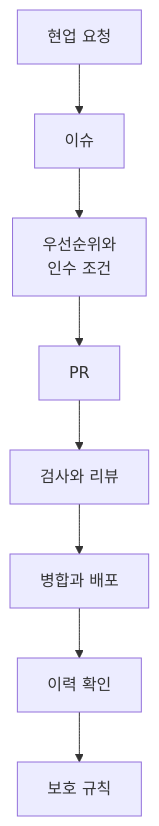
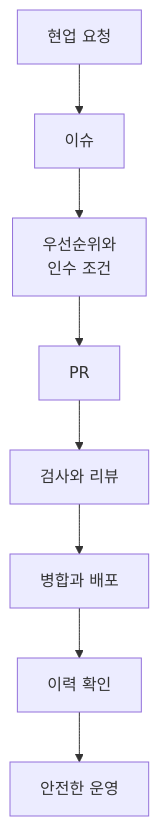
One commit to hyongsu/github-900-lab changed the diagram in docs/index.md. Above: the diagram before and after it, drawn with Mermaid. The commit also changed other lines of this file and 18 other files, not shown here.

````diff
--- a/docs/index.md
+++ b/docs/index.md
@@ -16,4 +16,4 @@
 ```mermaid
 flowchart TB
-    A["현업 요청"] --> B["이슈"] --> C["우선순위와<br/>인수 조건"] --> D["PR"] --> E["검사와 리뷰"] --> F["병합과 배포"] --> G["이력 확인"] --> H["보호 규칙"]
+    A["현업 요청"] --> B["이슈"] --> C["우선순위와<br/>인수 조건"] --> D["PR"] --> E["검사와 리뷰"] --> F["병합과 배포"] --> G["이력 확인"] --> H["안전한 운영"]
 ```
````
